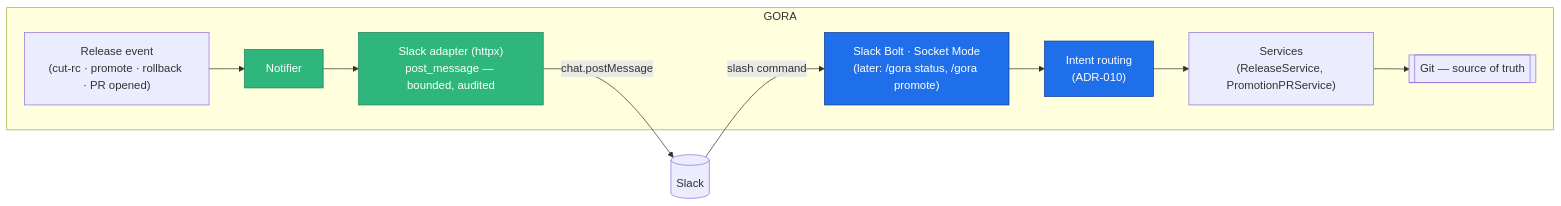
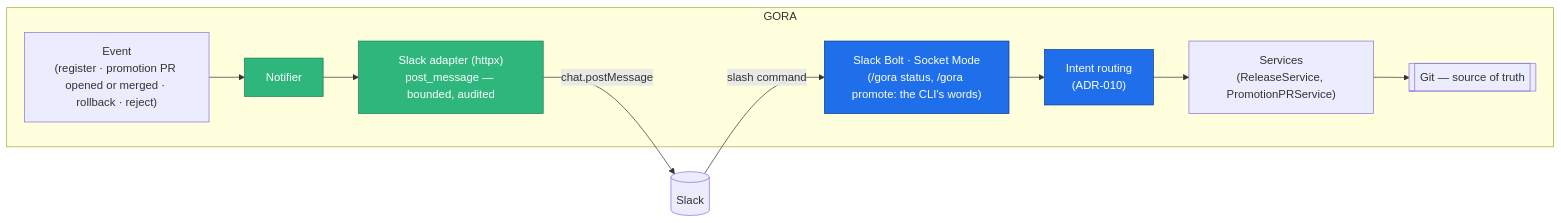
Before and after one commit to gora-tools/gora: the diagram in docs/diagrams/slack-flow.mermaid, drawn with Mermaid. The commit also changed 37 other files, not shown here.

First line of the commit message:
docs(adr): decide versions and promotion (#63)

```diff
--- a/docs/diagrams/slack-flow.mermaid
+++ b/docs/diagrams/slack-flow.mermaid
@@ -1,16 +1,16 @@
 flowchart LR
     subgraph GORA["GORA"]
-        ev["Release event<br/>(cut-rc · promote · rollback · PR opened)"] --> notifier["Notifier"]
+        ev["Event<br/>(register · promotion PR opened or merged · rollback · reject)"] --> notifier["Notifier"]
         notifier --> sa["Slack adapter (httpx)<br/>post_message — bounded, audited"]
-        bolt["Slack Bolt · Socket Mode<br/>(later: /gora status, /gora promote)"] --> router["Intent routing<br/>(ADR-010)"]
+        bolt["Slack Bolt · Socket Mode<br/>(/gora status, /gora promote: the CLI's words)"] --> router["Intent routing<br/>(ADR-010)"]
         router --> services["Services<br/>(ReleaseService, PromotionPRService)"]
         services --> git[["Git — source of truth"]]
     end
 
     sa -- "chat.postMessage" --> slack[(Slack)]
     slack -- "slash command" --> bolt
 
     classDef out fill:#2eb67d,stroke:#1a7f56,color:#fff;
     classDef in fill:#1f6feb,stroke:#0b3d91,color:#fff;
     class sa,notifier out;
     class bolt,router in;
```
